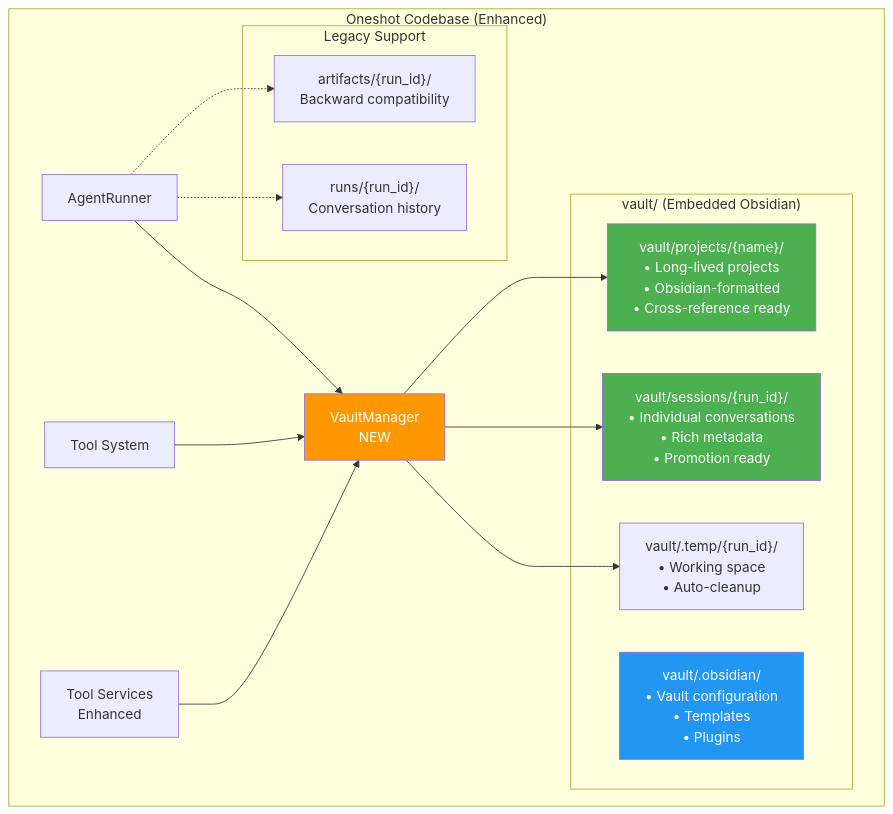
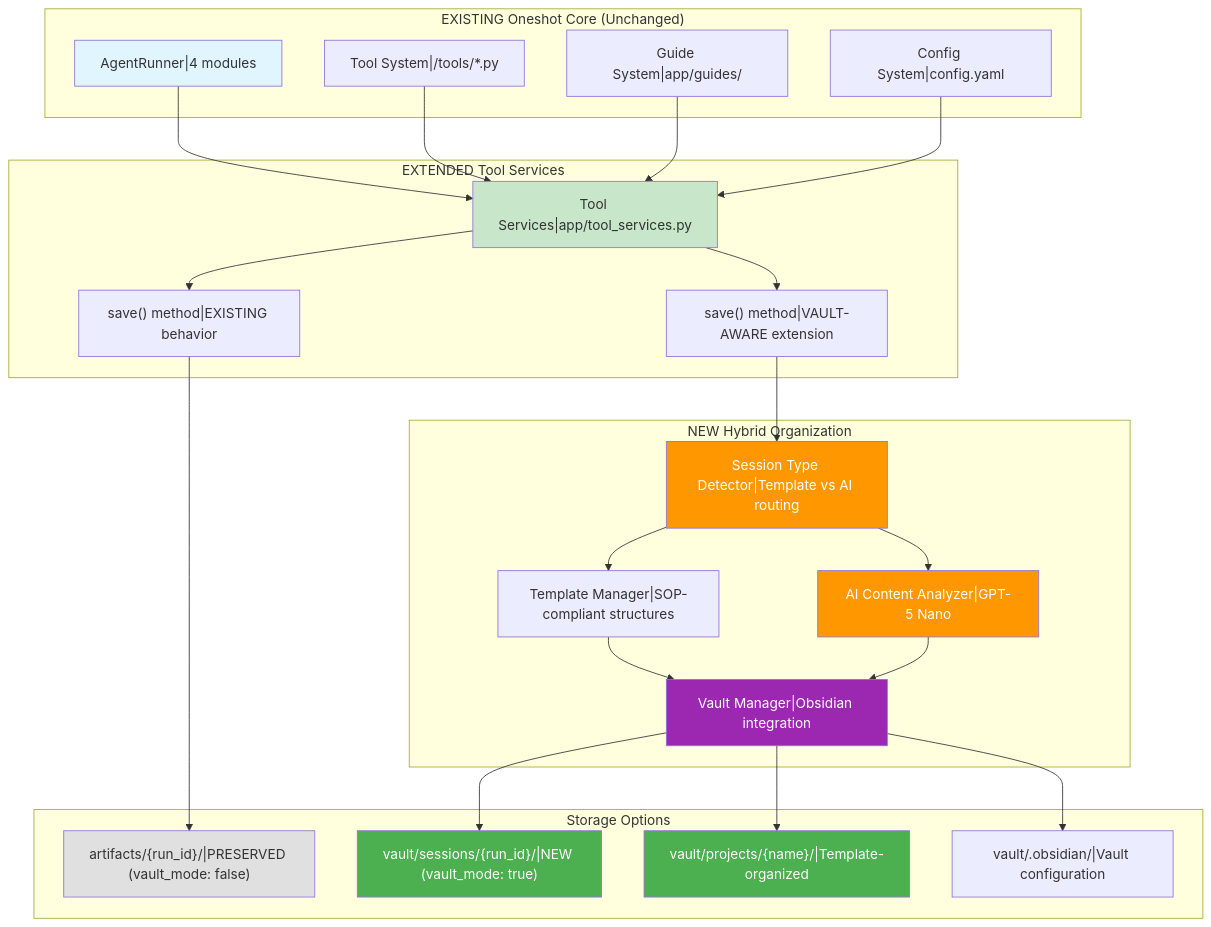
One commit to zenprotheos/agentoptimizer changed the second of 2 diagrams in tasks/2025-08-25_GlobalDocs_System_Analysis/FINAL_Architecture_and_Implementation_Plan.md. Above: the diagram before and after it, drawn with Mermaid. The commit also changed other lines of this file and 38 other files, not shown here.

First line of the commit message:
[UPDATE] Enhance Coding Tasks and Documentation for Hybrid System Implementation

````diff
--- a/tasks/2025-08-25_GlobalDocs_System_Analysis/FINAL_Architecture_and_Implementation_Plan.md
+++ b/tasks/2025-08-25_GlobalDocs_System_Analysis/FINAL_Architecture_and_Implementation_Plan.md
@@ -62,36 +100,57 @@
 ```mermaid
 graph TB
-    subgraph "Oneshot Codebase (Enhanced)"
-        AR[AgentRunner]
-        TS[Tool System]
-        TSV[Tool Services<br/>Enhanced]
-        VM[VaultManager<br/>NEW]
-        
-        subgraph "vault/ (Embedded Obsidian)"
-            PROJ["vault/projects/{name}/<br/>• Long-lived projects<br/>• Obsidian-formatted<br/>• Cross-reference ready"]
-            SESS["vault/sessions/{run_id}/<br/>• Individual conversations<br/>• Rich metadata<br/>• Promotion ready"]
-            TEMP["vault/.temp/{run_id}/<br/>• Working space<br/>• Auto-cleanup"]
-            CONFIG["vault/.obsidian/<br/>• Vault configuration<br/>• Templates<br/>• Plugins"]
-        end
-        
-        subgraph "Legacy Support"
-            LEGACY_ARTS["artifacts/{run_id}/<br/>Backward compatibility"]
-            LEGACY_RUNS["runs/{run_id}/<br/>Conversation history"]
-        end
+    subgraph "EXISTING Oneshot Core (Unchanged)"
+        AR["AgentRunner|4 modules"]
+        TS["Tool System|/tools/*.py"]
+        GUIDES["Guide System|app/guides/"]
+        CONFIG_SYS["Config System|config.yaml"]
     end
     
-    AR --> VM
-    TS --> VM
-    VM --> PROJ
-    VM --> SESS
-    VM --> TEMP
-    TSV --> VM
+    subgraph "EXTENDED Tool Services"
+        TSV["Tool Services|app/tool_services.py"]
+        TSV_OLD["save() method|EXISTING behavior"]
+        TSV_NEW["save() method|VAULT-AWARE extension"]
+    end
     
-    AR -.-> LEGACY_ARTS
-    AR -.-> LEGACY_RUNS
+    subgraph "NEW Hybrid Organization"
+        TYPE_DET["Session Type Detector|Template vs AI routing"]
+        TEMPLATE_MGR["Template Manager|SOP-compliant structures"]
+        AI_ANALYZER["AI Content Analyzer|GPT-5 Nano"]
+        VAULT_MGR["Vault Manager|Obsidian integration"]
+    end
     
-    style PROJ fill:#4caf50,color:#fff
-    style SESS fill:#4caf50,color:#fff
-    style CONFIG fill:#2196f3,color:#fff
-    style VM fill:#ff9800,color:#fff
+    subgraph "Storage Options"
+        LEGACY["artifacts/{run_id}/|PRESERVED (vault_mode: false)"]
+        VAULT_SESS["vault/sessions/{run_id}/|NEW (vault_mode: true)"]
+        VAULT_PROJ["vault/projects/{name}/|Template-organized"]
+        OBSIDIAN_CONFIG["vault/.obsidian/|Vault configuration"]
+    end
+    
+    AR --> TSV
+    TS --> TSV
+    GUIDES --> TSV
+    CONFIG_SYS --> TSV
+    
+    TSV --> TSV_OLD
+    TSV --> TSV_NEW
+    
+    TSV_NEW --> TYPE_DET
+    TYPE_DET --> TEMPLATE_MGR
+    TYPE_DET --> AI_ANALYZER
+    TEMPLATE_MGR --> VAULT_MGR
+    AI_ANALYZER --> VAULT_MGR
+    
+    TSV_OLD --> LEGACY
+    VAULT_MGR --> VAULT_SESS
+    VAULT_MGR --> VAULT_PROJ
+    VAULT_MGR --> OBSIDIAN_CONFIG
+    
+    style AR fill:#e1f5fe
+    style TSV fill:#c8e6c9
+    style TYPE_DET fill:#ff9800,color:#fff
+    style AI_ANALYZER fill:#ff9800,color:#fff
+    style VAULT_MGR fill:#9c27b0,color:#fff
+    style LEGACY fill:#e0e0e0
+    style VAULT_SESS fill:#4caf50,color:#fff
+    style VAULT_PROJ fill:#4caf50,color:#fff
 ```
````
